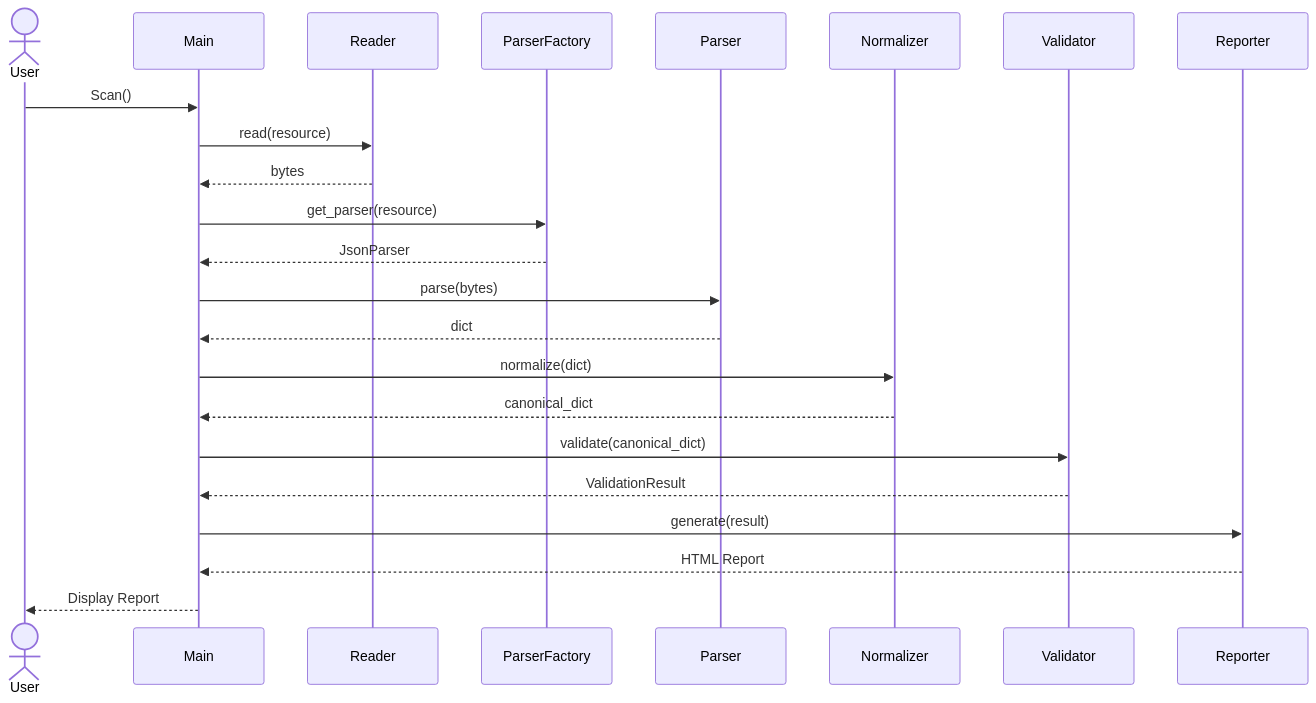
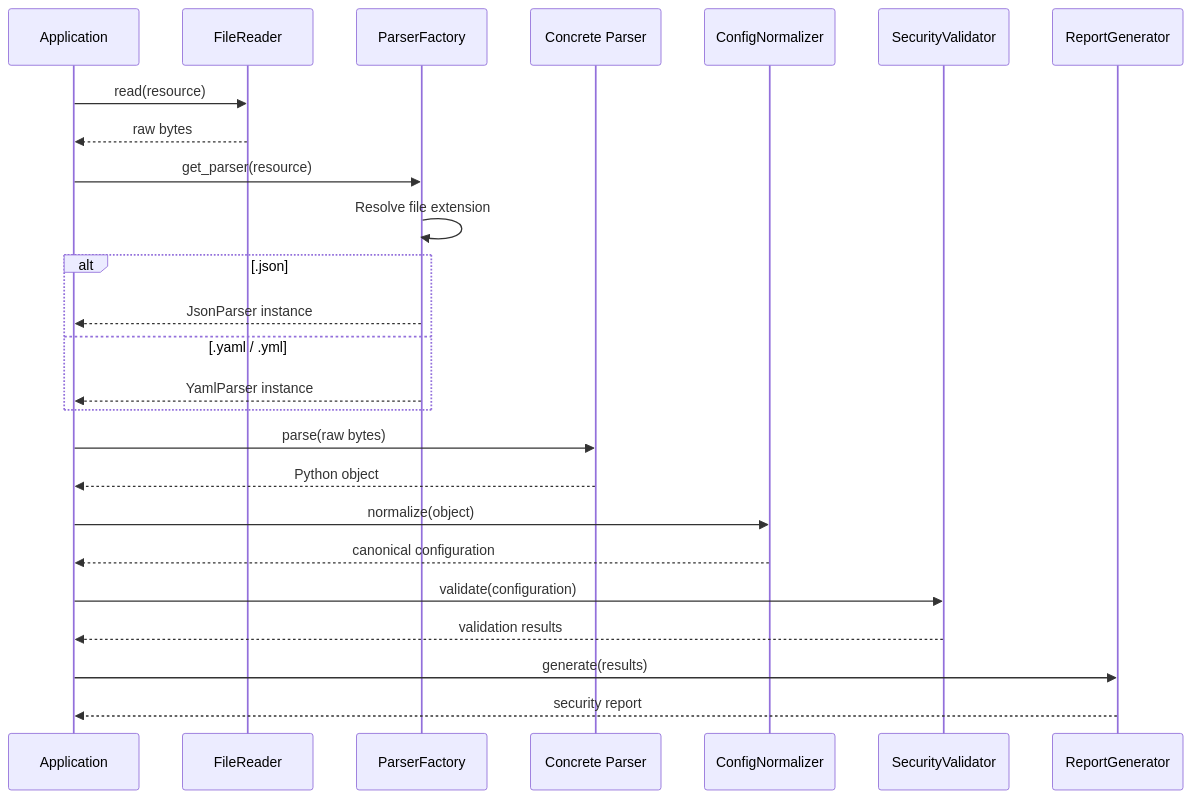
The third of 3 diagrams in README.md (truongtranit/security-configuration-inspector), drawn with Mermaid before and after one commit. The commit also changed other lines of this file and 6 other files, not shown here.

Commit message:
Implement YAML parser and factory integration.

````diff
--- a/README.md
+++ b/README.md
@@ -72,41 +75,34 @@
 ```mermaid
 sequenceDiagram
+    participant App as Application
+    participant Reader as FileReader
+    participant Factory as ParserFactory
+    participant Parser as Concrete Parser
+    participant Normalizer as ConfigNormalizer
+    participant Validator as SecurityValidator
+    participant Reporter as ReportGenerator
 
-    actor User
+    App->>Reader: read(resource)
+    Reader-->>App: raw bytes
 
-    participant Main
-    participant Reader
-    participant ParserFactory
-    participant Parser
-    participant Normalizer
-    participant Validator
-    participant Reporter
+    App->>Factory: get_parser(resource)
+    Factory->>Factory: Resolve file extension
 
-    User->>Main: Scan()
+    alt .json
+        Factory-->>App: JsonParser instance
+    else .yaml / .yml
+        Factory-->>App: YamlParser instance
+    end
 
-    Main->>Reader: read(resource)
+    App->>Parser: parse(raw bytes)
+    Parser-->>App: Python object
 
-    Reader-->>Main: bytes
+    App->>Normalizer: normalize(object)
+    Normalizer-->>App: canonical configuration
 
-    Main->>ParserFactory: get_parser(resource)
+    App->>Validator: validate(configuration)
+    Validator-->>App: validation results
 
-    ParserFactory-->>Main: JsonParser
-
-    Main->>Parser: parse(bytes)
-
-    Parser-->>Main: dict
-
-    Main->>Normalizer: normalize(dict)
-
-    Normalizer-->>Main: canonical_dict
-
-    Main->>Validator: validate(canonical_dict)
-
-    Validator-->>Main: ValidationResult
-
-    Main->>Reporter: generate(result)
-
-    Reporter-->>Main: HTML Report
-
-    Main-->>User: Display Report
+    App->>Reporter: generate(results)
+    Reporter-->>App: security report
 ```
````
